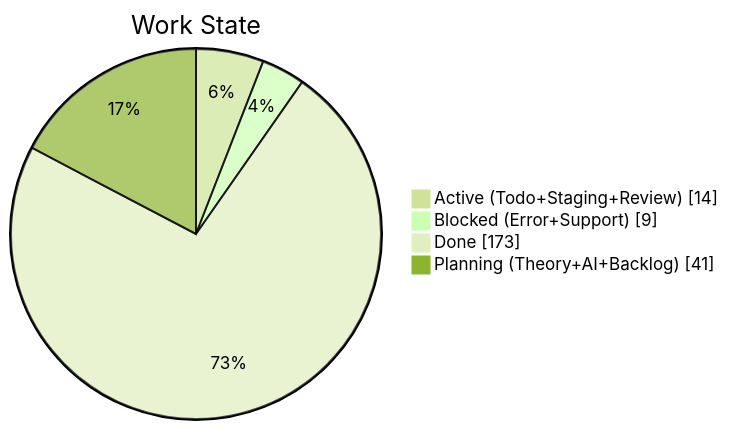
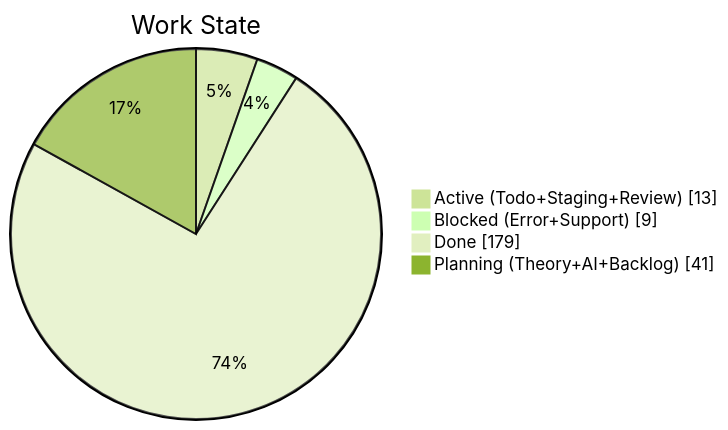
Before and after one commit to KBVE/kbve: the second of 4 diagrams in apps/kbve/astro-kbve/src/content/docs/dashboard/kanban-data.mdx, drawn with Mermaid (forest theme). The commit also changed other lines of this file and 8 other files, not shown here.

````diff
--- a/apps/kbve/astro-kbve/src/content/docs/dashboard/kanban-data.mdx
+++ b/apps/kbve/astro-kbve/src/content/docs/dashboard/kanban-data.mdx
@@ -68,8 +67,8 @@
 ```mermaid
 pie showData
     title Work State
-    "Active (Todo+Staging+Review)" : 14
+    "Active (Todo+Staging+Review)" : 13
     "Blocked (Error+Support)" : 9
-    "Done" : 173
+    "Done" : 179
     "Planning (Theory+AI+Backlog)" : 41
 ```
````
